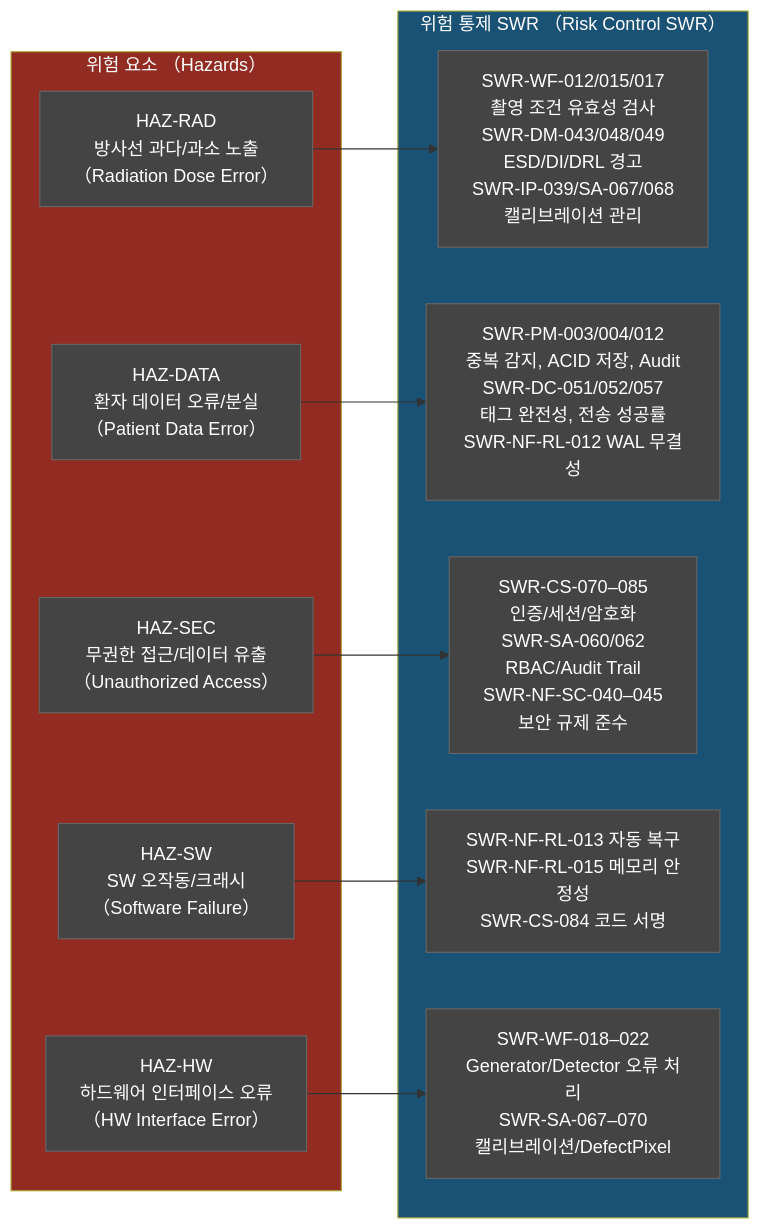
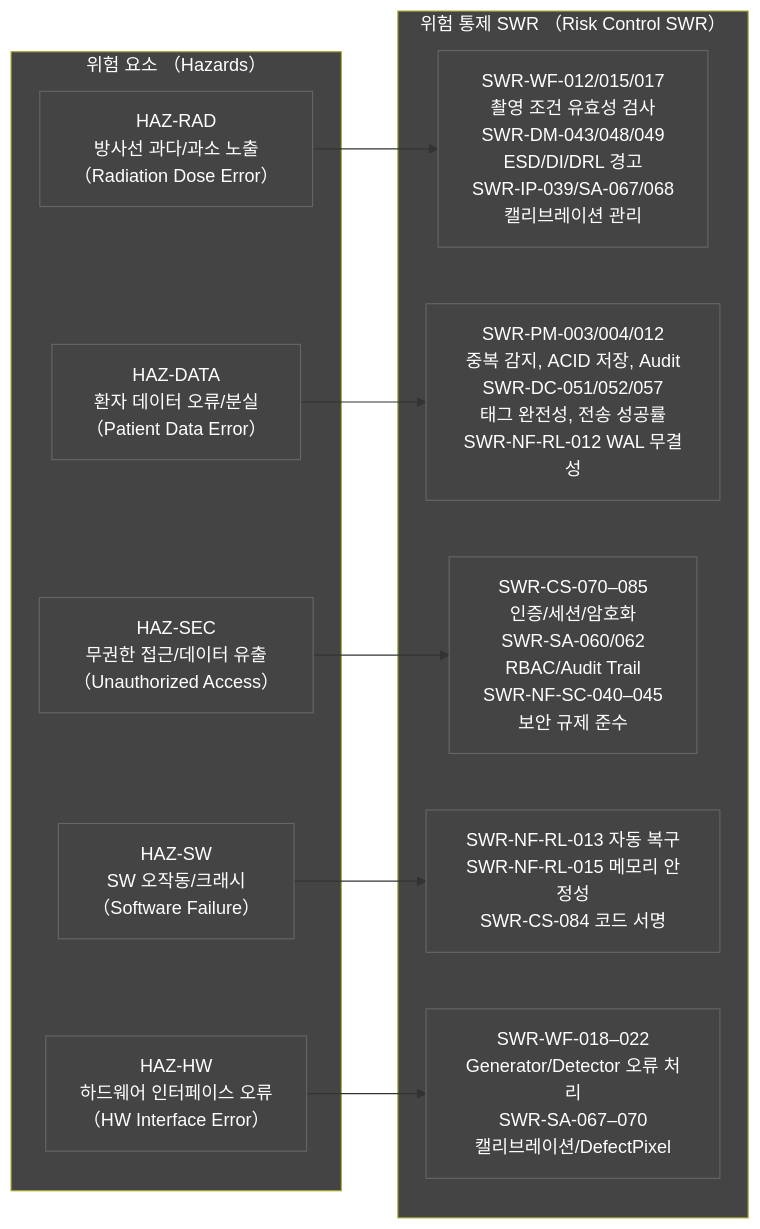
One commit to holee9/console-gui changed the fifth of 6 diagrams in docs/planning/DOC-005_SRS_v2.0.md. Above: the diagram before and after it, drawn with Mermaid. The commit also changed other lines of this file and 35 other files, not shown here.

First line of the commit message:
fix: 전체 Mermaid 차트 색상 진한 회색 통일

````diff
--- a/docs/planning/DOC-005_SRS_v2.0.md
+++ b/docs/planning/DOC-005_SRS_v2.0.md
@@ -764,28 +764,28 @@
 ```mermaid
 graph LR
     classDef default fill:#444,stroke:#666,color:#fff
     subgraph Hazards["위험 요소 （Hazards）"]
         HAZ_RAD["HAZ-RAD\n방사선 과다/과소 노출\n（Radiation Dose Error）"]
         HAZ_DATA["HAZ-DATA\n환자 데이터 오류/분실\n（Patient Data Error）"]
         HAZ_SEC["HAZ-SEC\n무권한 접근/데이터 유출\n（Unauthorized Access）"]
         HAZ_SW["HAZ-SW\nSW 오작동/크래시\n（Software Failure）"]
         HAZ_HW["HAZ-HW\n하드웨어 인터페이스 오류\n（HW Interface Error）"]
     end
 
     subgraph Controls["위험 통제 SWR （Risk Control SWR）"]
         RC_RAD["SWR-WF-012/015/017\n촬영 조건 유효성 검사\nSWR-DM-043/048/049\nESD/DI/DRL 경고\nSWR-IP-039/SA-067/068\n캘리브레이션 관리"]
         RC_DATA["SWR-PM-003/004/012\n중복 감지, ACID 저장, Audit\nSWR-DC-051/052/057\n태그 완전성, 전송 성공률\nSWR-NF-RL-012 WAL 무결성"]
         RC_SEC["SWR-CS-070–085\n인증/세션/암호화\nSWR-SA-060/062\nRBAC/Audit Trail\nSWR-NF-SC-040–045\n보안 규제 준수"]
         RC_SW["SWR-NF-RL-013 자동 복구\nSWR-NF-RL-015 메모리 안정성\nSWR-CS-084 코드 서명"]
         RC_HW["SWR-WF-018–022\nGenerator/Detector 오류 처리\nSWR-SA-067–070\n캘리브레이션/DefectPixel"]
     end
 
     HAZ_RAD --> RC_RAD
     HAZ_DATA --> RC_DATA
     HAZ_SEC --> RC_SEC
     HAZ_SW --> RC_SW
     HAZ_HW --> RC_HW
 
-    style Hazards fill:#922b21,color:#fff
-    style Controls fill:#1a5276,color:#fff
+    style Hazards fill:#444,color:#fff
+    style Controls fill:#444,color:#fff
 ```
````
